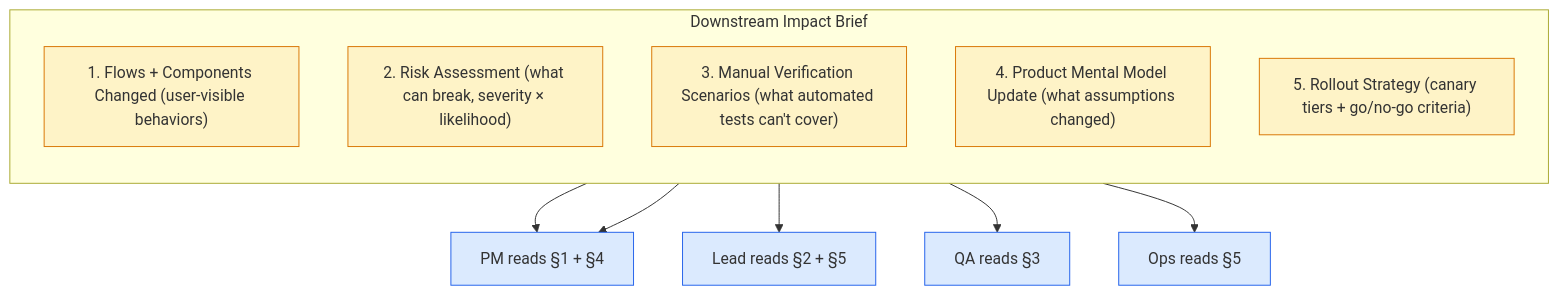
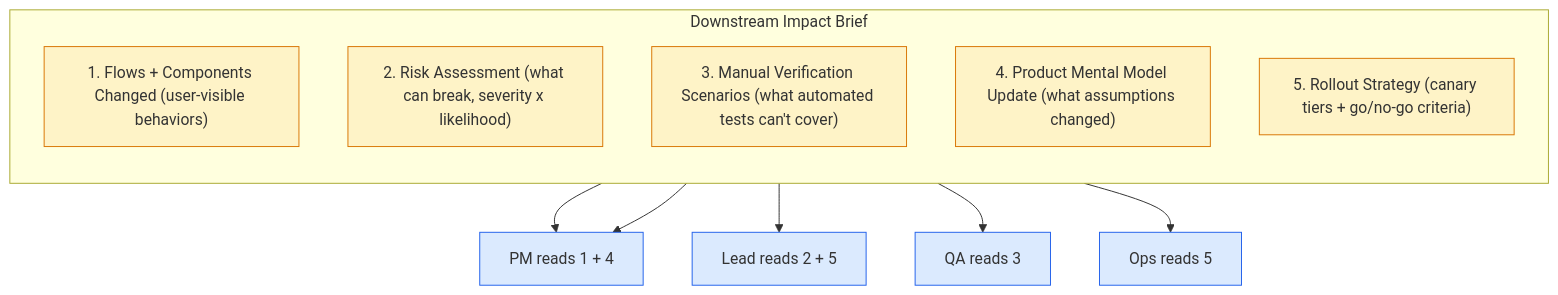
Before and after one commit to Prasad-Apparaju/hitl-dev-platform: the fourth of 5 diagrams in README.md, drawn with Mermaid. The commit also changed other lines of this file, not shown here.

````diff
--- a/README.md
+++ b/README.md
@@ -378,22 +336,22 @@
 ```mermaid
 graph TD
     subgraph Brief["Downstream Impact Brief"]
         direction TB
         Flows["1. Flows + Components Changed (user-visible behaviors)"]
-        Risk["2. Risk Assessment (what can break, severity × likelihood)"]
+        Risk["2. Risk Assessment (what can break, severity x likelihood)"]
         Test["3. Manual Verification Scenarios (what automated tests can't cover)"]
         Mental["4. Product Mental Model Update (what assumptions changed)"]
         Deploy["5. Rollout Strategy (canary tiers + go/no-go criteria)"]
     end
 
-    Flows --> PM["PM reads §1 + §4"]
-    Risk --> Lead["Lead reads §2 + §5"]
-    Test --> QA["QA reads §3"]
-    Deploy --> Ops["Ops reads §5"]
+    Flows --> PM["PM reads 1 + 4"]
+    Risk --> Lead["Lead reads 2 + 5"]
+    Test --> QA["QA reads 3"]
+    Deploy --> Ops["Ops reads 5"]
     Mental --> PM
 
     classDef brief fill:#fef3c7,stroke:#d97706
     classDef role fill:#dbeafe,stroke:#2563eb
     class Flows,Risk,Test,Mental,Deploy brief
     class PM,Lead,QA,Ops role
 ```
````
